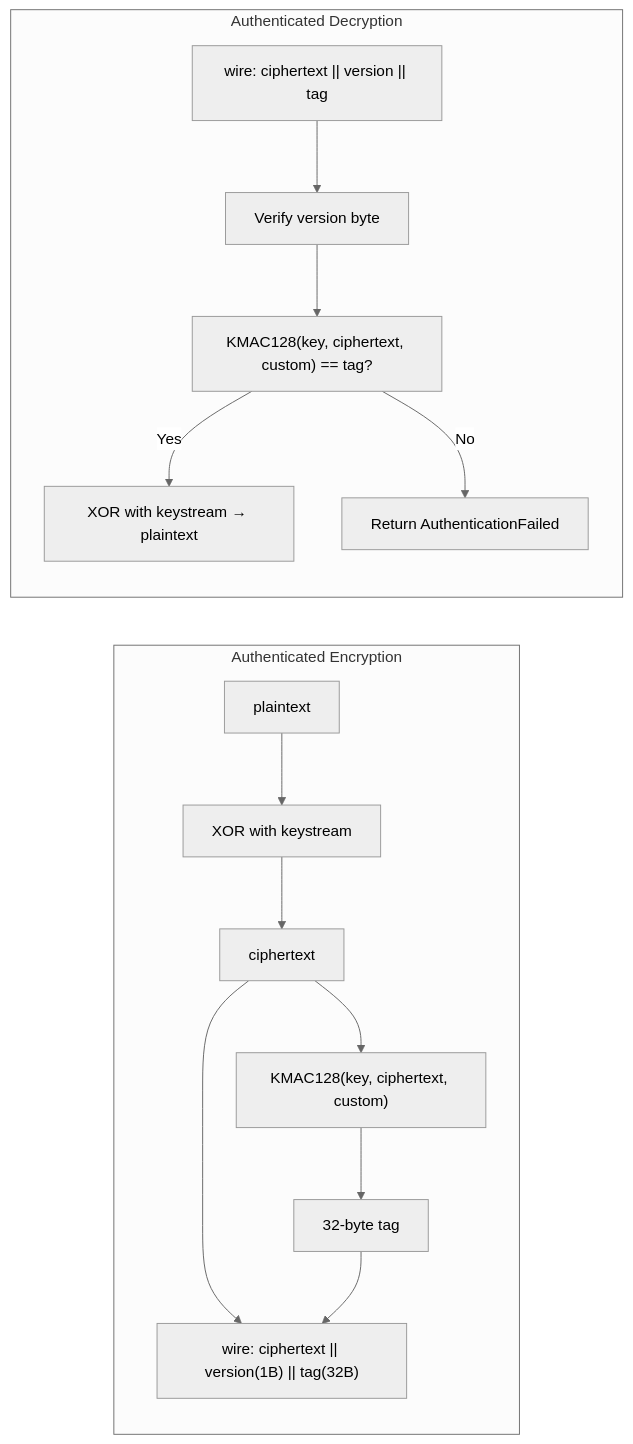
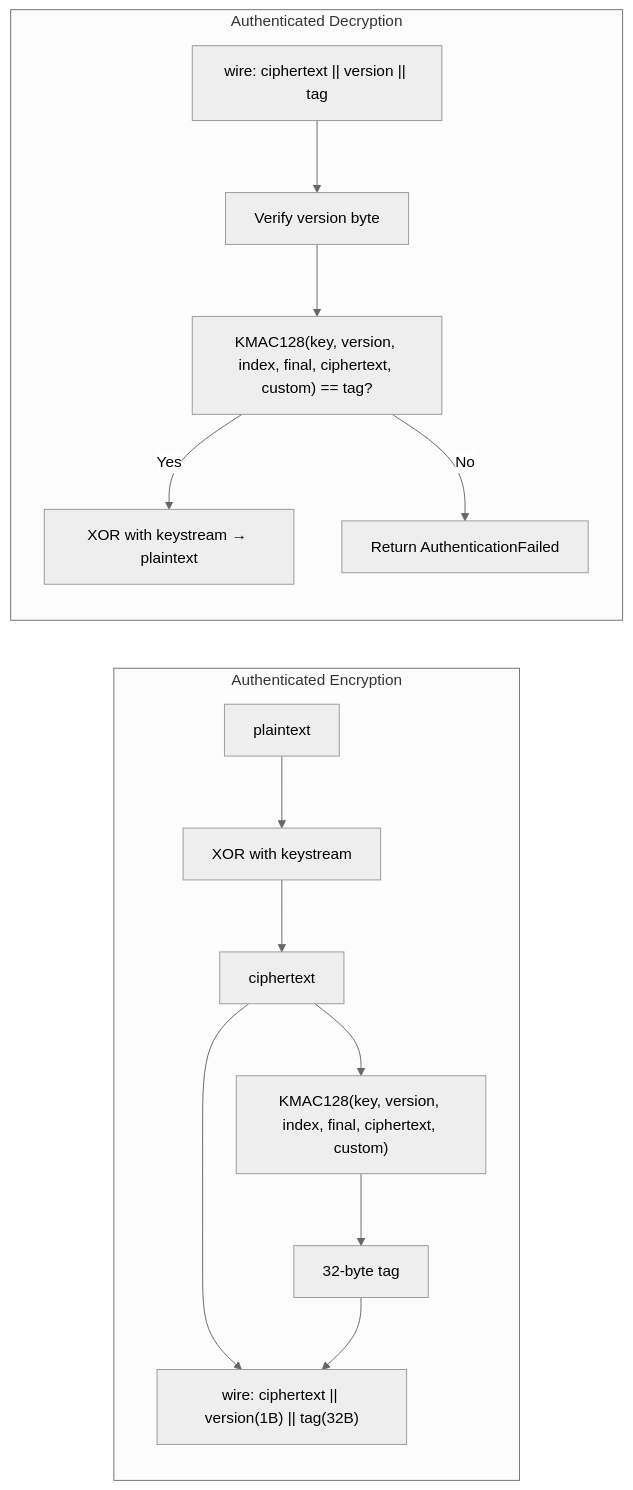
One commit to nliaudat/kelvin changed diagram 12 of 12 in documentation/mode_flowcharts.md. Above: the diagram before and after it, drawn with Mermaid. The commit also changed other lines of this file and 11 other files, not shown here.

````diff
--- a/documentation/mode_flowcharts.md
+++ b/documentation/mode_flowcharts.md
@@ -749,19 +749,19 @@
 ```mermaid
 %%{init: {'theme': 'neutral'}}%%
 flowchart LR
     subgraph Authenticated Encryption
         A["plaintext"] --> B["XOR with keystream"]
         B --> C["ciphertext"]
-        C --> D["KMAC128(key, ciphertext, custom)"]
+        C --> D["KMAC128(key, version, index, final, ciphertext, custom)"]
         D --> E["32-byte tag"]
         C --> F["wire: ciphertext || version(1B) || tag(32B)"]
         E --> F
     end
 
     subgraph Authenticated Decryption
         G["wire: ciphertext || version || tag"] --> H["Verify version byte"]
-        H --> I["KMAC128(key, ciphertext, custom) == tag?"]
+        H --> I["KMAC128(key, version, index, final, ciphertext, custom) == tag?"]
         I -->|Yes| J["XOR with keystream → plaintext"]
         I -->|No| K["Return AuthenticationFailed"]
     end
 ```
````
